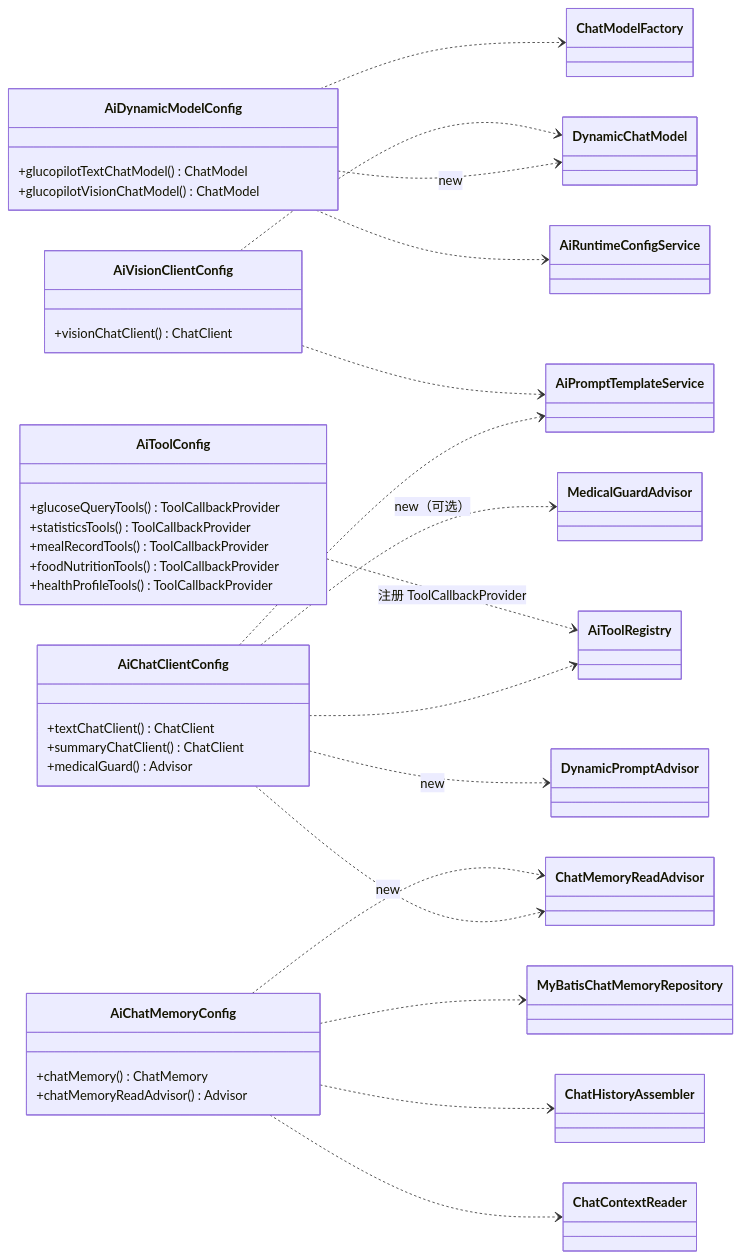
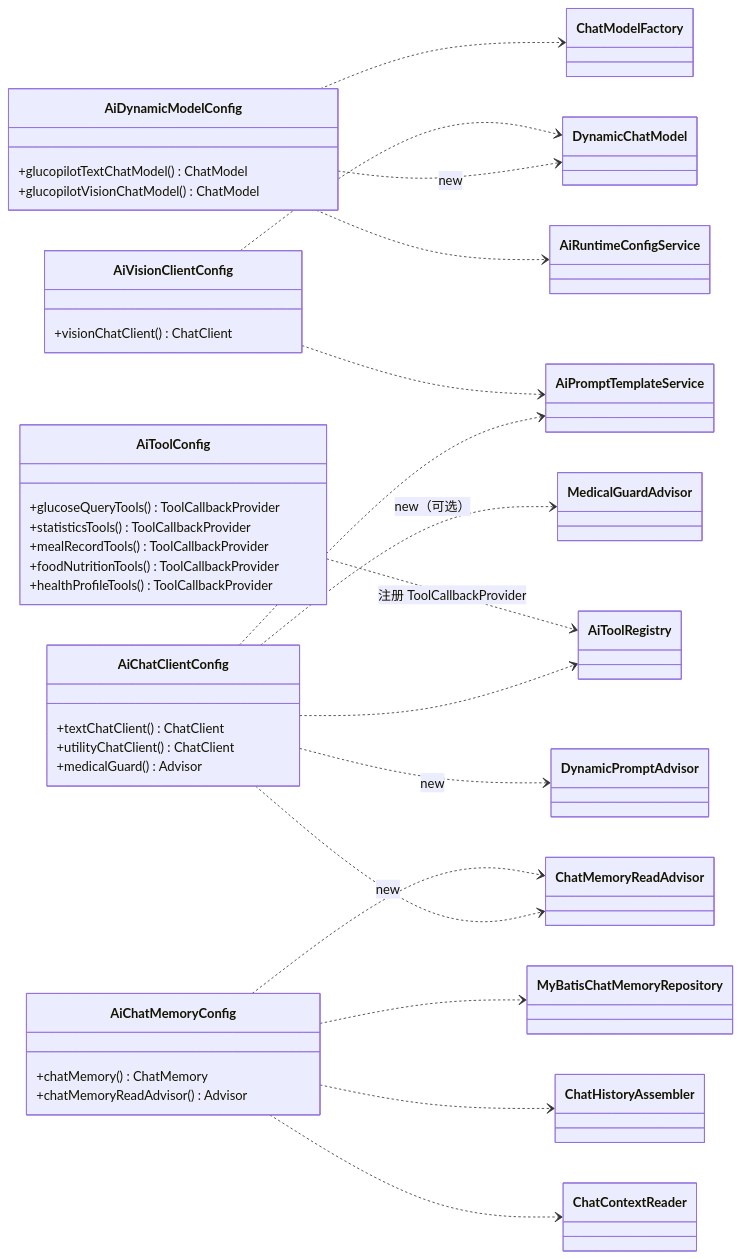
Before and after one commit to xiaoyejinjier/GlucoPilot-backend: the second of 9 diagrams in docs/AI-模块UML.md, drawn with Mermaid. The commit also changed other lines of this file and 8 other files, not shown here.

````diff
--- a/docs/AI-模块UML.md
+++ b/docs/AI-模块UML.md
@@ -91,55 +91,55 @@
 ```mermaid
 classDiagram
     direction LR
 
     class AiDynamicModelConfig {
         +glucopilotTextChatModel() ChatModel
         +glucopilotVisionChatModel() ChatModel
     }
     class AiChatClientConfig {
         +textChatClient() ChatClient
-        +summaryChatClient() ChatClient
+        +utilityChatClient() ChatClient
         +medicalGuard() Advisor
     }
     class AiVisionClientConfig {
         +visionChatClient() ChatClient
     }
     class AiChatMemoryConfig {
         +chatMemory() ChatMemory
         +chatMemoryReadAdvisor() Advisor
     }
     class AiToolConfig {
         +glucoseQueryTools() ToolCallbackProvider
         +statisticsTools() ToolCallbackProvider
         +mealRecordTools() ToolCallbackProvider
         +foodNutritionTools() ToolCallbackProvider
         +healthProfileTools() ToolCallbackProvider
     }
     class DynamicChatModel
     class ChatModelFactory
     class AiRuntimeConfigService
     class AiPromptTemplateService
     class ChatMemoryReadAdvisor
     class DynamicPromptAdvisor
     class ChatHistoryAssembler
     class ChatContextReader
     class MyBatisChatMemoryRepository
     class AiToolRegistry
     class MedicalGuardAdvisor
 
     AiDynamicModelConfig ..> DynamicChatModel : new
     AiDynamicModelConfig ..> ChatModelFactory
     AiDynamicModelConfig ..> AiRuntimeConfigService
     AiChatClientConfig ..> AiPromptTemplateService
     AiChatClientConfig ..> ChatMemoryReadAdvisor
     AiChatClientConfig ..> AiToolRegistry
     AiChatClientConfig ..> MedicalGuardAdvisor : new（可选）
     AiChatClientConfig ..> DynamicPromptAdvisor : new
     AiChatMemoryConfig ..> MyBatisChatMemoryRepository
     AiChatMemoryConfig ..> ChatHistoryAssembler
     AiChatMemoryConfig ..> ChatContextReader
     AiChatMemoryConfig ..> ChatMemoryReadAdvisor : new
     AiVisionClientConfig ..> DynamicChatModel
     AiVisionClientConfig ..> AiPromptTemplateService
     AiToolConfig ..> AiToolRegistry : 注册 ToolCallbackProvider
 ```
````
